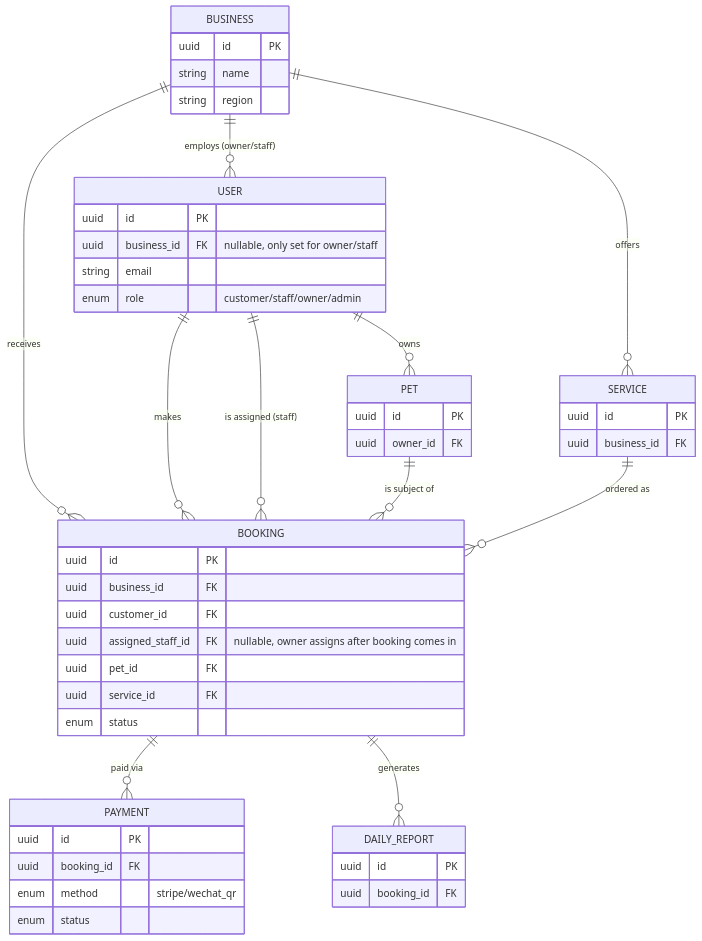
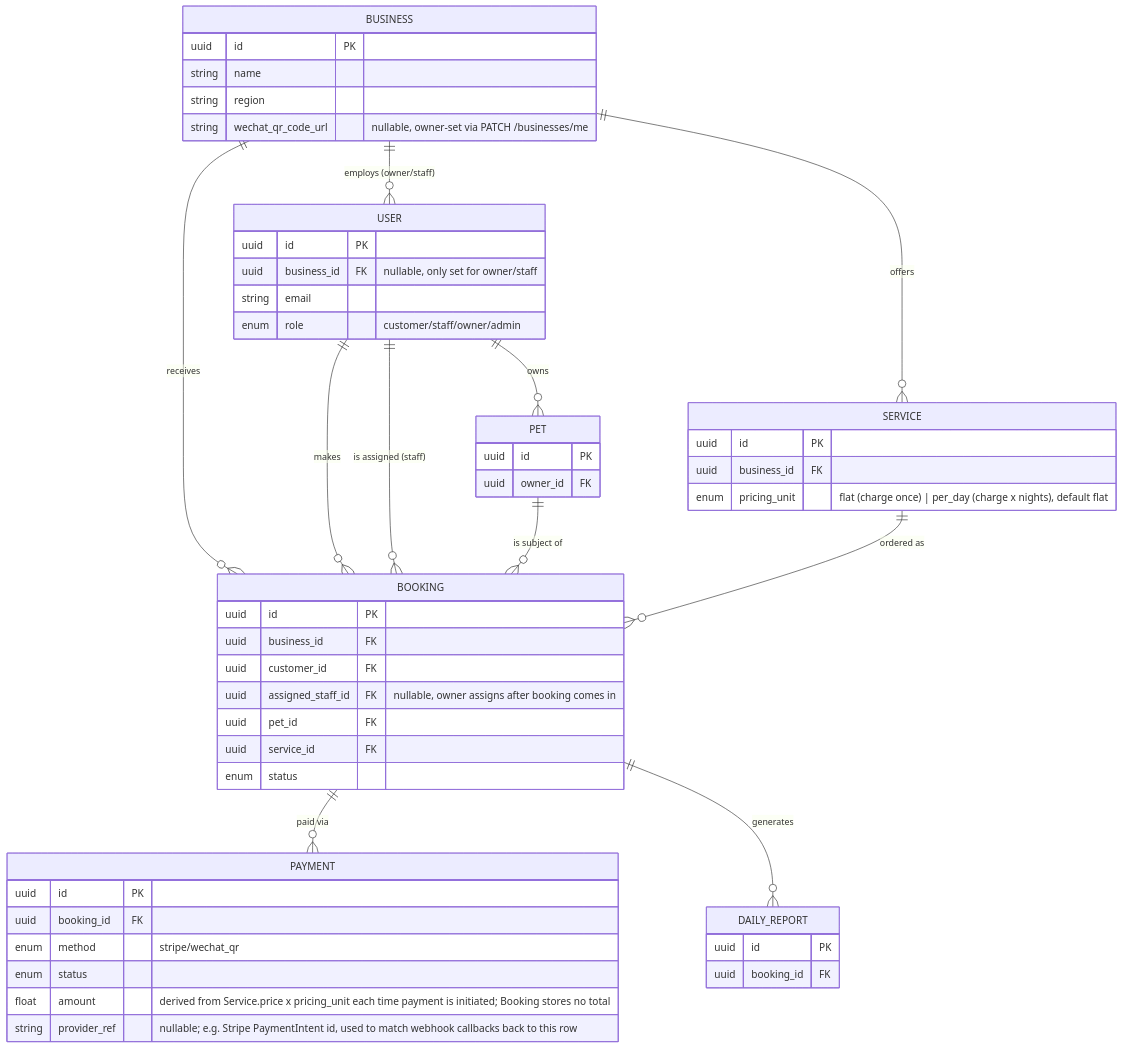
The second of 7 diagrams in docs/03_System_Architecture.md (xiyunliu610/yt-paws-platform), drawn with Mermaid before and after one commit. The commit also changed other lines of this file and 2 other files, not shown here.

First line of the commit message:
docs: sync PRD and architecture docs with payments/reports/businesses work

````diff
--- a/docs/03_System_Architecture.md
+++ b/docs/03_System_Architecture.md
@@ -152,52 +154,56 @@
 ```mermaid
 erDiagram
     BUSINESS ||--o{ USER : "employs (owner/staff)"
     BUSINESS ||--o{ SERVICE : offers
     BUSINESS ||--o{ BOOKING : receives
     USER ||--o{ PET : owns
     USER ||--o{ BOOKING : makes
     USER ||--o{ BOOKING : "is assigned (staff)"
     PET ||--o{ BOOKING : "is subject of"
     SERVICE ||--o{ BOOKING : "ordered as"
     BOOKING ||--o{ PAYMENT : "paid via"
     BOOKING ||--o{ DAILY_REPORT : "generates"
 
     BUSINESS {
         uuid id PK
         string name
         string region
+        string wechat_qr_code_url "nullable, owner-set via PATCH /businesses/me"
     }
     USER {
         uuid id PK
         uuid business_id FK "nullable, only set for owner/staff"
         string email
         enum role "customer/staff/owner/admin"
     }
     PET {
         uuid id PK
         uuid owner_id FK
     }
     SERVICE {
         uuid id PK
         uuid business_id FK
+        enum pricing_unit "flat (charge once) | per_day (charge x nights), default flat"
     }
     BOOKING {
         uuid id PK
         uuid business_id FK
         uuid customer_id FK
         uuid assigned_staff_id FK "nullable, owner assigns after booking comes in"
         uuid pet_id FK
         uuid service_id FK
         enum status
     }
     PAYMENT {
         uuid id PK
         uuid booking_id FK
         enum method "stripe/wechat_qr"
         enum status
+        float amount "derived from Service.price x pricing_unit each time payment is initiated; Booking stores no total"
+        string provider_ref "nullable; e.g. Stripe PaymentIntent id, used to match webhook callbacks back to this row"
     }
     DAILY_REPORT {
         uuid id PK
         uuid booking_id FK
     }
 ```
````
